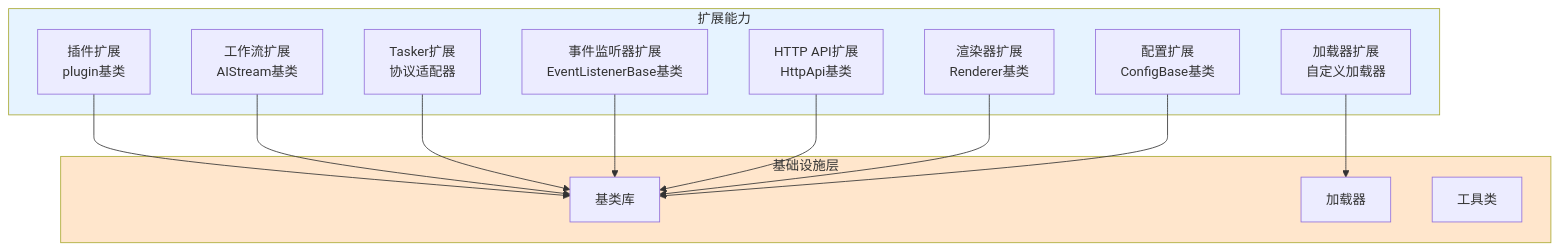
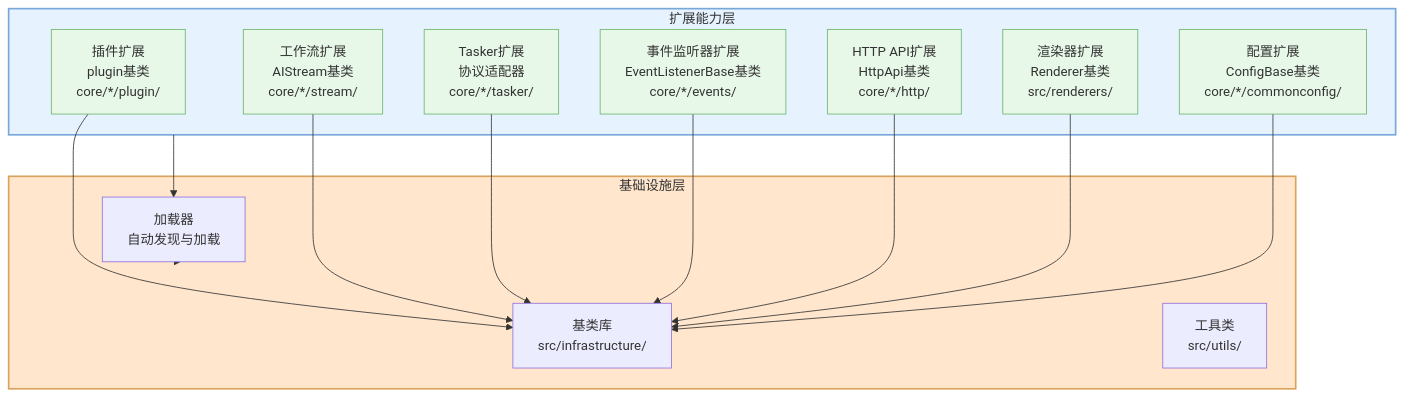
The first of 9 diagrams in docs/框架可扩展性指南.md (sunflowermm/XRK-AGT), drawn with Mermaid before and after one commit. The commit also changed other lines of this file and 17 other files, not shown here.

````diff
--- a/docs/框架可扩展性指南.md
+++ b/docs/框架可扩展性指南.md
@@ -35,31 +35,39 @@
 ```mermaid
 flowchart TB
-    subgraph Extension["扩展能力"]
-        A["插件扩展<br/>plugin基类"]
-        B["工作流扩展<br/>AIStream基类"]
-        C["Tasker扩展<br/>协议适配器"]
-        D["事件监听器扩展<br/>EventListenerBase基类"]
-        E["HTTP API扩展<br/>HttpApi基类"]
-        F["渲染器扩展<br/>Renderer基类"]
-        G["配置扩展<br/>ConfigBase基类"]
-        H["加载器扩展<br/>自定义加载器"]
+    subgraph Extension["扩展能力层"]
+        A["插件扩展<br/>plugin基类<br/>core/*/plugin/"]
+        B["工作流扩展<br/>AIStream基类<br/>core/*/stream/"]
+        C["Tasker扩展<br/>协议适配器<br/>core/*/tasker/"]
+        D["事件监听器扩展<br/>EventListenerBase基类<br/>core/*/events/"]
+        E["HTTP API扩展<br/>HttpApi基类<br/>core/*/http/"]
+        F["渲染器扩展<br/>Renderer基类<br/>src/renderers/"]
+        G["配置扩展<br/>ConfigBase基类<br/>core/*/commonconfig/"]
     end
     
     subgraph Infrastructure["基础设施层"]
-        I["基类库"]
-        J["加载器"]
-        K["工具类"]
+        I["基类库<br/>src/infrastructure/"]
+        J["加载器<br/>自动发现与加载"]
+        K["工具类<br/>src/utils/"]
     end
     
     A --> I
     B --> I
     C --> I
     D --> I
     E --> I
     F --> I
     G --> I
-    H --> J
     
-    style Extension fill:#E6F3FF
-    style Infrastructure fill:#FFE6CC
+    Extension --> J
+    J --> Infrastructure
+    
+    style Extension fill:#E6F3FF,stroke:#7AA7D9,stroke-width:2px
+    style Infrastructure fill:#FFE6CC,stroke:#D9A35D,stroke-width:2px
+    style A fill:#E8F8E8,stroke:#6CB46C
+    style B fill:#E8F8E8,stroke:#6CB46C
+    style C fill:#E8F8E8,stroke:#6CB46C
+    style D fill:#E8F8E8,stroke:#6CB46C
+    style E fill:#E8F8E8,stroke:#6CB46C
+    style F fill:#E8F8E8,stroke:#6CB46C
+    style G fill:#E8F8E8,stroke:#6CB46C
 ```
````
